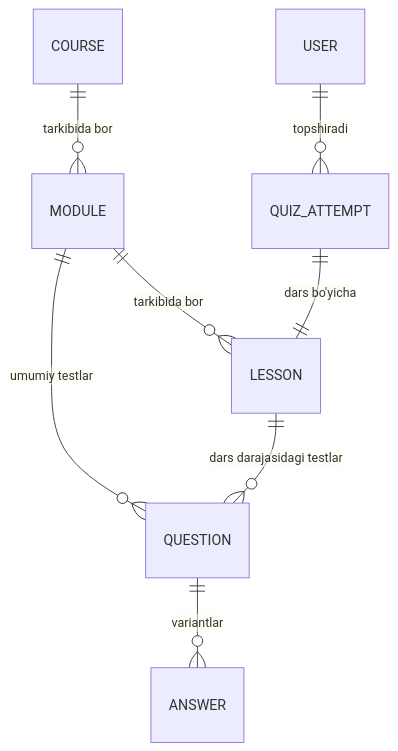
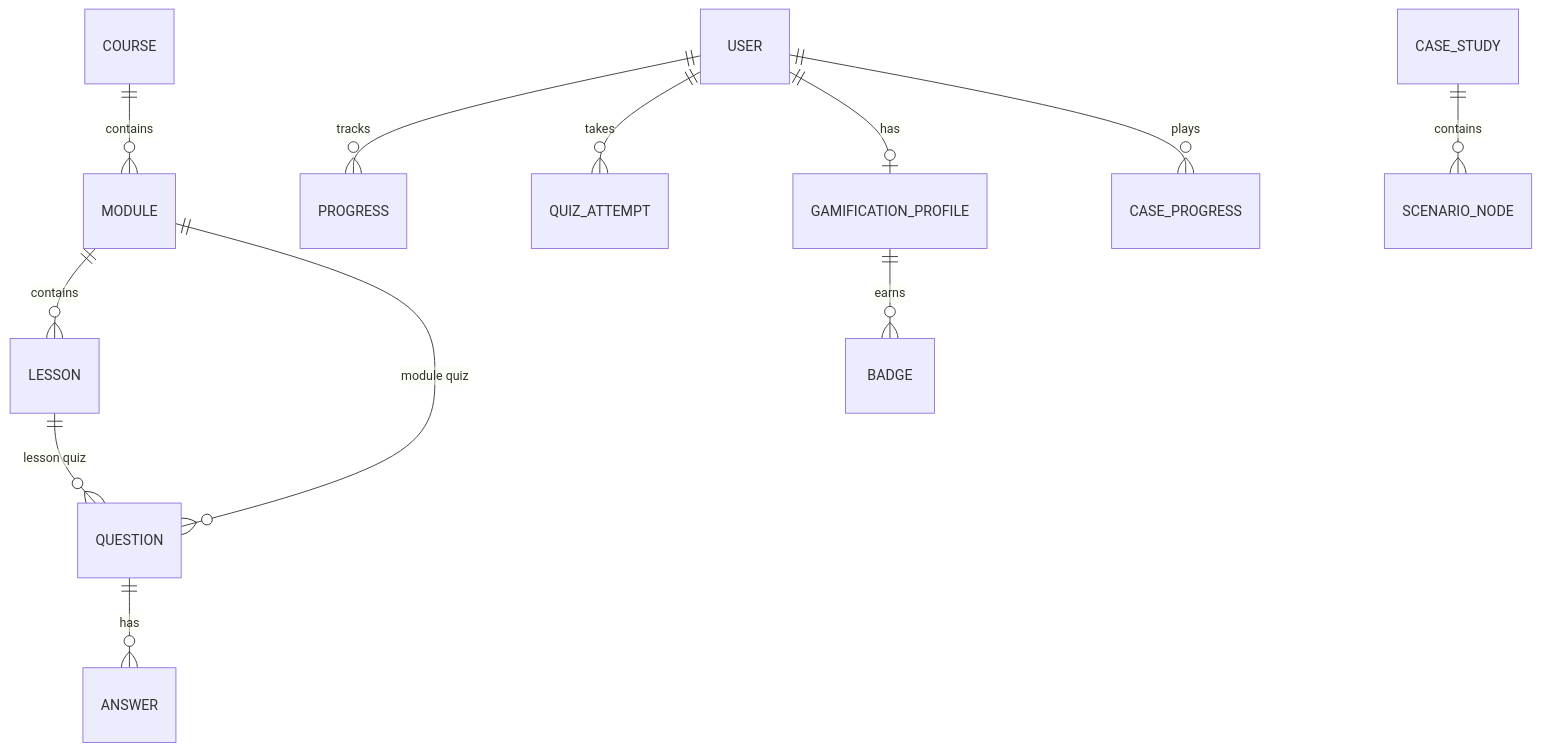
One commit to Valijon21/edo_lms_app changed the diagram in README.md. Above: the diagram before and after it, drawn with Mermaid. The commit also changed other lines of this file, not shown here.

````diff
--- a/README.md
+++ b/README.md
@@ -32,10 +79,14 @@
 ```mermaid
 erDiagram
-    COURSE ||--o{ MODULE : "tarkibida bor"
-    MODULE ||--o{ LESSON : "tarkibida bor"
-    MODULE ||--o{ QUESTION : "umumiy testlar"
-    LESSON ||--o{ QUESTION : "dars darajasidagi testlar"
-    QUESTION ||--o{ ANSWER : "variantlar"
-    USER ||--o{ QUIZ_ATTEMPT : "topshiradi"
-    QUIZ_ATTEMPT ||--|| LESSON : "dars bo'yicha"
+    COURSE ||--o{ MODULE : contains
+    MODULE ||--o{ LESSON : contains
+    MODULE ||--o{ QUESTION : "module quiz"
+    LESSON ||--o{ QUESTION : "lesson quiz"
+    QUESTION ||--o{ ANSWER : has
+    USER ||--o{ PROGRESS : tracks
+    USER ||--o{ QUIZ_ATTEMPT : takes
+    USER ||--o| GAMIFICATION_PROFILE : has
+    GAMIFICATION_PROFILE ||--o{ BADGE : earns
+    USER ||--o{ CASE_PROGRESS : plays
+    CASE_STUDY ||--o{ SCENARIO_NODE : contains
 ```
````
